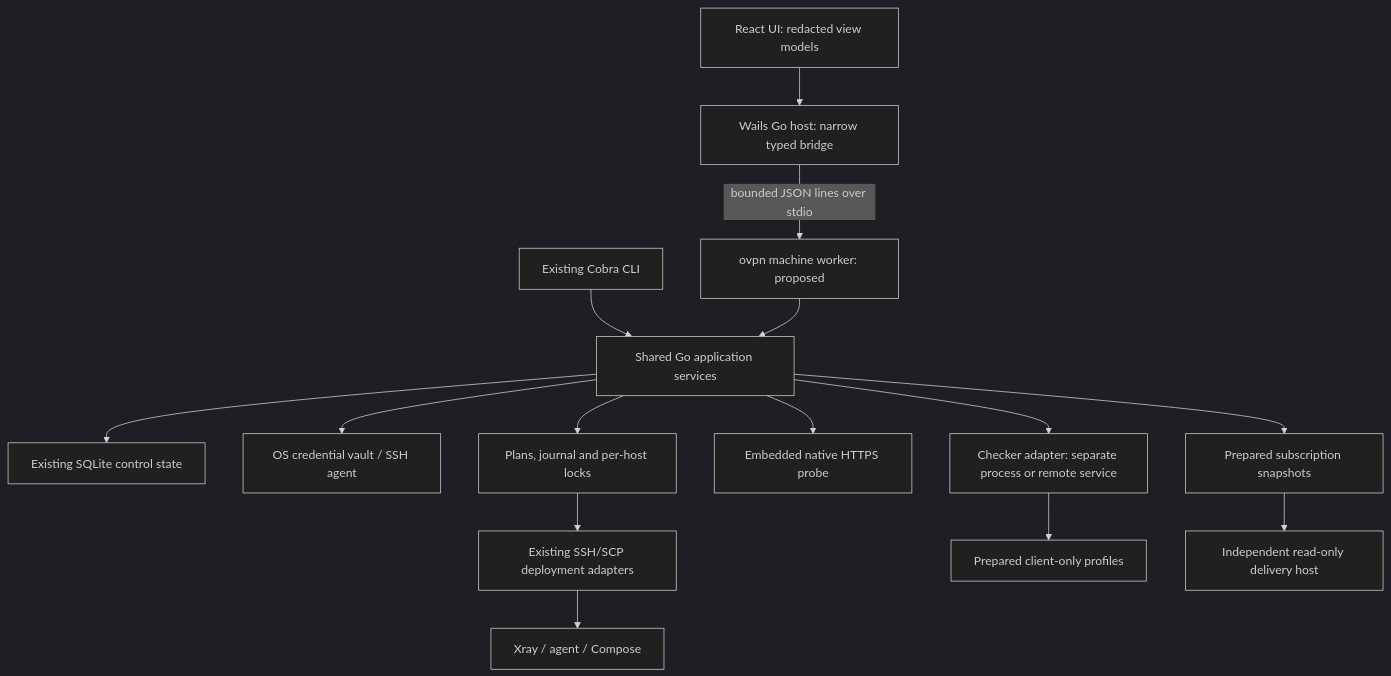
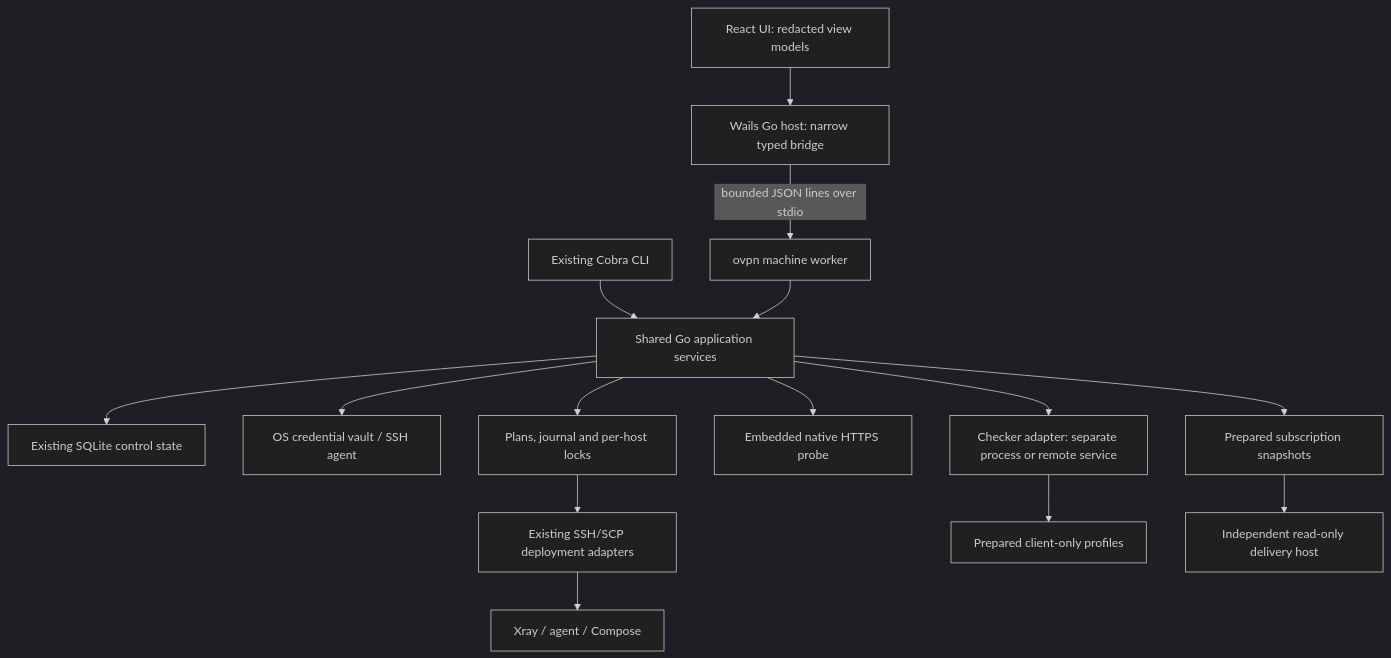
Before and after one commit to agentram/ovpn: the diagram in docs/design/desktop/architecture.md, drawn with Mermaid (dark theme). The commit also changed other lines of this file and 57 other files, not shown here.

````diff
--- a/docs/design/desktop/architecture.md
+++ b/docs/design/desktop/architecture.md
@@ -22,17 +28,17 @@
 ```mermaid
 flowchart TD
   UI[React UI: redacted view models] --> HOST[Wails Go host: narrow typed bridge]
-  HOST -->|bounded JSON lines over stdio| WORKER[ovpn machine worker: proposed]
+  HOST -->|bounded JSON lines over stdio| WORKER[ovpn machine worker]
   CLI[Existing Cobra CLI] --> APP[Shared Go application services]
   WORKER --> APP
   APP --> DB[Existing SQLite control state]
   APP --> VAULT[OS credential vault / SSH agent]
   APP --> JOBS[Plans, journal and per-host locks]
   JOBS --> SSH[Existing SSH/SCP deployment adapters]
   SSH --> RUNTIME[Xray / agent / Compose]
   APP --> NATIVE[Embedded native HTTPS probe]
   APP --> CHECKER[Checker adapter: separate process or remote service]
   CHECKER --> FEEDS[Prepared client-only profiles]
   APP --> SUBS[Prepared subscription snapshots]
   SUBS --> DELIVERY[Independent read-only delivery host]
 ```
````
